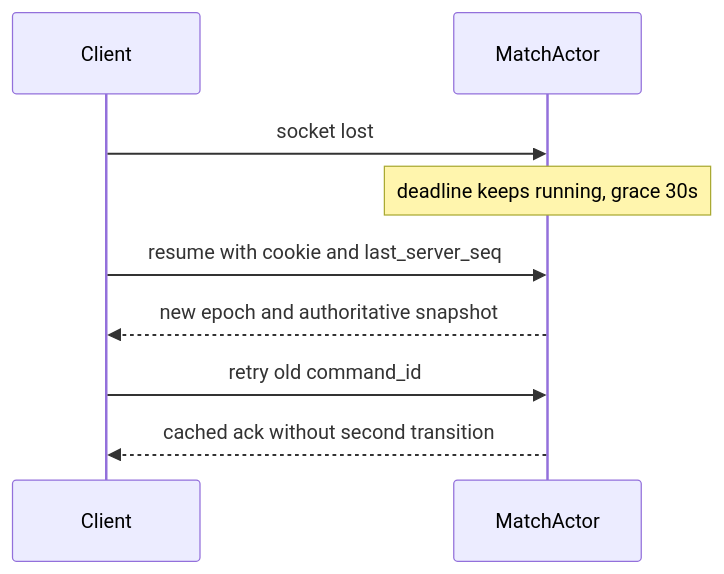
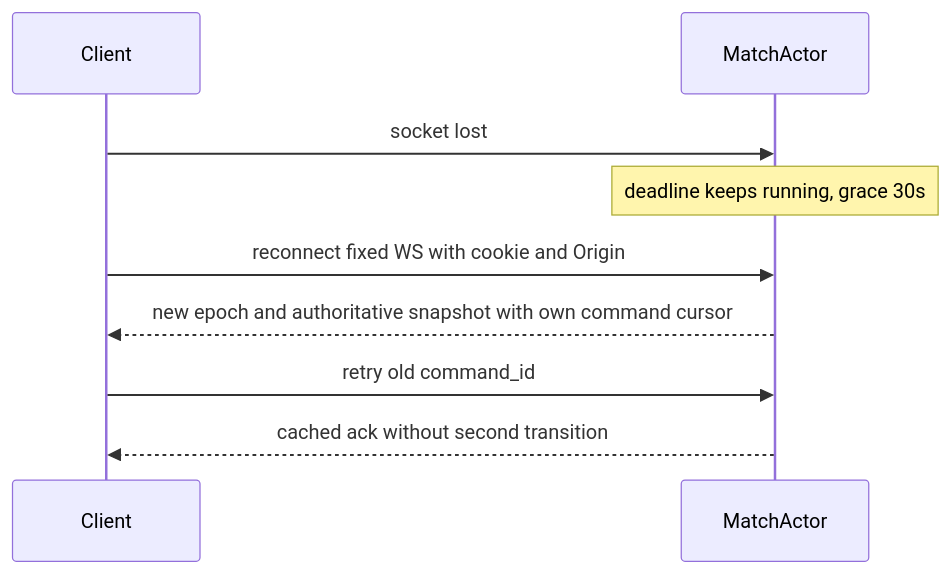
Before and after one commit to crystal23733/search-mine: the fourth of 5 diagrams in docs/design/06-protocol.md, drawn with Mermaid. The commit also changed other lines of this file and 27 other files, not shown here.

````diff
--- a/docs/design/06-protocol.md
+++ b/docs/design/06-protocol.md
@@ -119,11 +119,11 @@
 ```mermaid
 sequenceDiagram
   participant C as Client
   participant M as MatchActor
   C->>M: socket lost
   Note over M: deadline keeps running, grace 30s
-  C->>M: resume with cookie and last_server_seq
-  M-->>C: new epoch and authoritative snapshot
+  C->>M: reconnect fixed WS with cookie and Origin
+  M-->>C: new epoch and authoritative snapshot with own command cursor
   C->>M: retry old command_id
   M-->>C: cached ack without second transition
 ```
````
